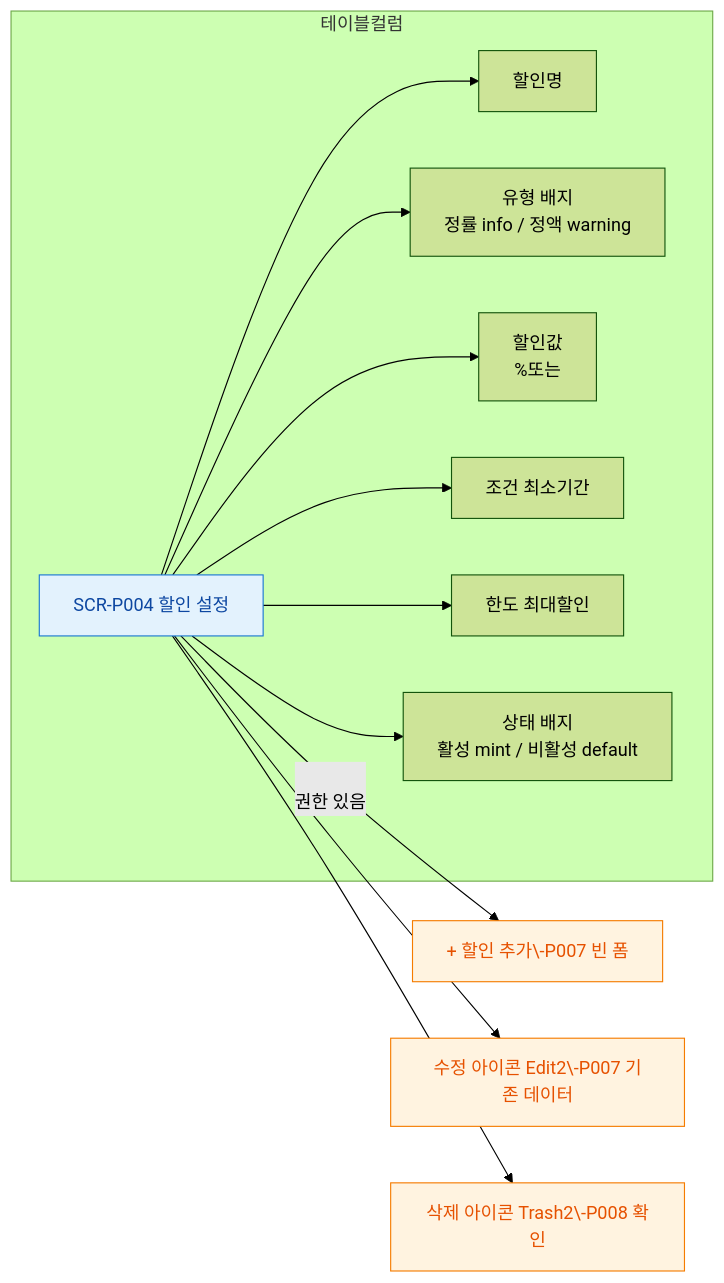
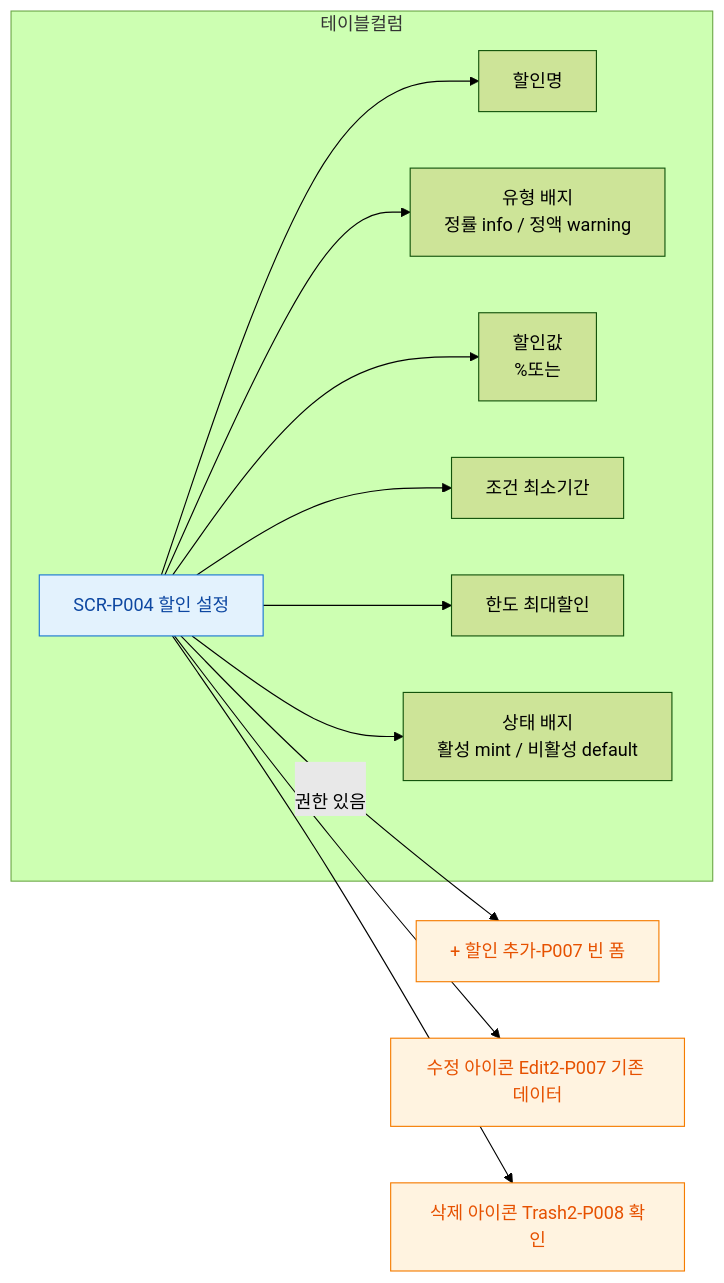
One commit to dev-spogym/admin-pando changed the diagram in docs/admin/다이어그램/D05_상품관리/SCR-P004_할인설정/F3_버튼액션.md. Above: the diagram before and after it, drawn with Mermaid (forest theme). The commit also changed 369 other files, not shown here.

````diff
--- a/docs/admin/다이어그램/D05_상품관리/SCR-P004_할인설정/F3_버튼액션.md
+++ b/docs/admin/다이어그램/D05_상품관리/SCR-P004_할인설정/F3_버튼액션.md
@@ -14,22 +14,22 @@
 ```mermaid
 flowchart LR
     SCR_P004[SCR-P004 할인 설정]
 
-    SCR_P004 -->|\n권한 있음|BTN_ADD[+ 할인 추가\-P007 빈 폼]
-    SCR_P004 --> BTN_EDIT[수정 아이콘 Edit2\-P007 기존 데이터]
-    SCR_P004 --> BTN_DEL[삭제 아이콘 Trash2\-P008 확인]
+    SCR_P004 -->|\n권한 있음|BTN_ADD[+ 할인 추가-P007 빈 폼]
+    SCR_P004 --> BTN_EDIT[수정 아이콘 Edit2-P007 기존 데이터]
+    SCR_P004 --> BTN_DEL[삭제 아이콘 Trash2-P008 확인]
 
     subgraph 테이블컬럼
         SCR_P004 --> COL_NAME[할인명]
         SCR_P004 --> COL_TYPE[유형 배지\n정률 info / 정액 warning]
         SCR_P004 --> COL_VAL[할인값\n%또는]
         SCR_P004 --> COL_COND[조건 최소기간]
         SCR_P004 --> COL_MAX[한도 최대할인]
         SCR_P004 --> COL_STATUS[상태 배지\n활성 mint / 비활성 default]
     end
 
     classDef screen fill:#E3F2FD,stroke:#1976D2,color:#0D47A1
     classDef modal fill:#FFF3E0,stroke:#F57C00,color:#E65100
     class SCR_P004 screen
     class BTN_ADD,BTN_EDIT,BTN_DEL modal
 ```
````
